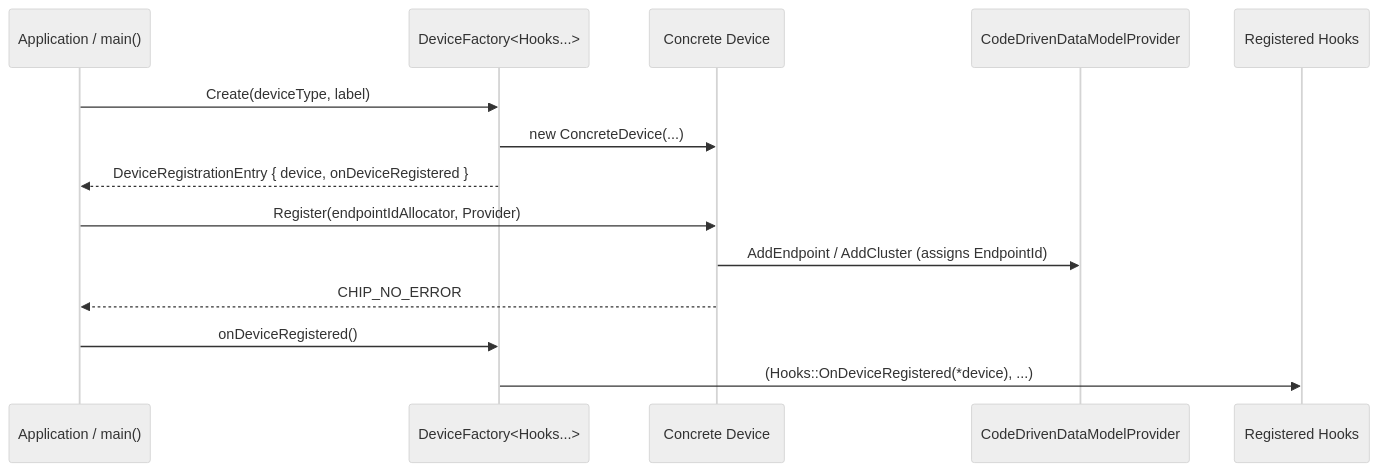
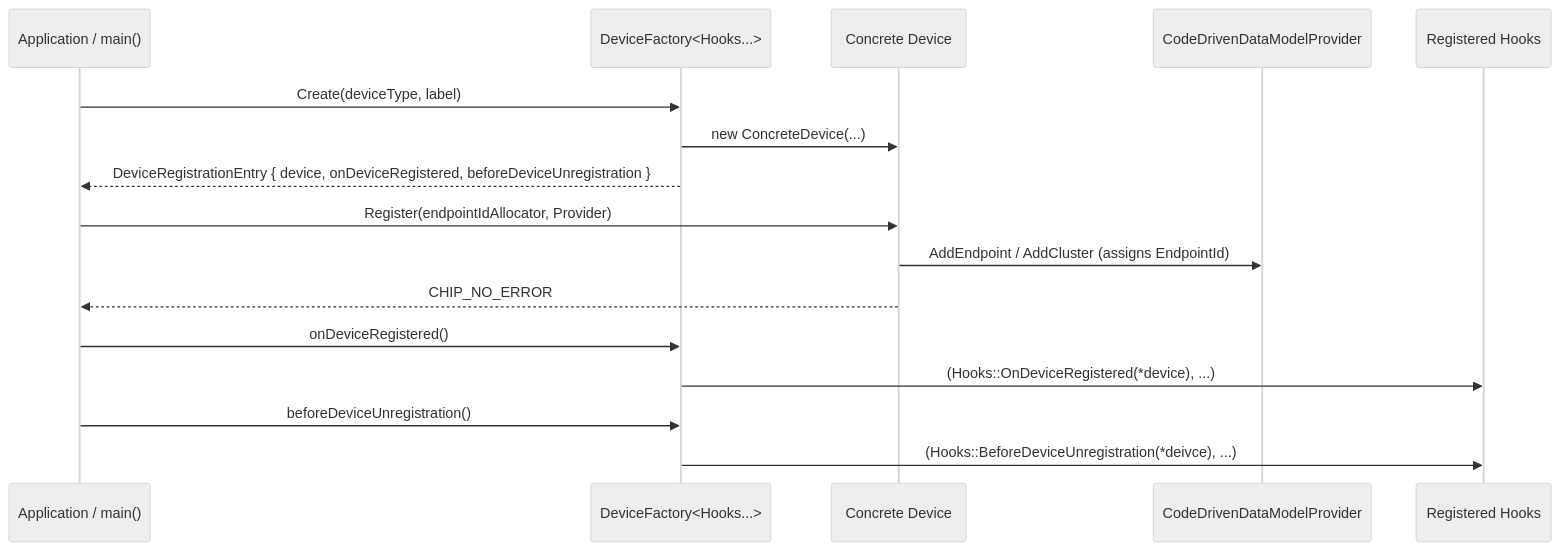
The fourth of 4 diagrams in examples/all-devices-app/docs/architecture.md (project-chip/connectedhomeip), drawn with Mermaid (neutral theme) before and after one commit. The commit also changed other lines of this file and 17 other files, not shown here.

````diff
--- a/examples/all-devices-app/docs/architecture.md
+++ b/examples/all-devices-app/docs/architecture.md
@@ -215,19 +215,22 @@
 ```mermaid
 sequenceDiagram
     participant App as Application / main()
     participant Factory as DeviceFactory<Hooks...>
     participant Device as Concrete Device
     participant Provider as CodeDrivenDataModelProvider
     participant Hook as Registered Hooks
 
     App->>Factory: Create(deviceType, label)
     Factory->>Device: new ConcreteDevice(...)
-    Factory-->>App: DeviceRegistrationEntry { device, onDeviceRegistered }
+    Factory-->>App: DeviceRegistrationEntry { device, onDeviceRegistered, beforeDeviceUnregistration }
 
     App->>Device: Register(endpointIdAllocator, Provider)
     Device->>Provider: AddEndpoint / AddCluster (assigns EndpointId)
     Device-->>App: CHIP_NO_ERROR
 
     App->>Factory: onDeviceRegistered()
     Factory->>Hook: (Hooks::OnDeviceRegistered(*device), ...)
+
+    App->>Factory: beforeDeviceUnregistration()
+    Factory->>Hook: (Hooks::BeforeDeviceUnregistration(*deivce), ...)
 ```
````
